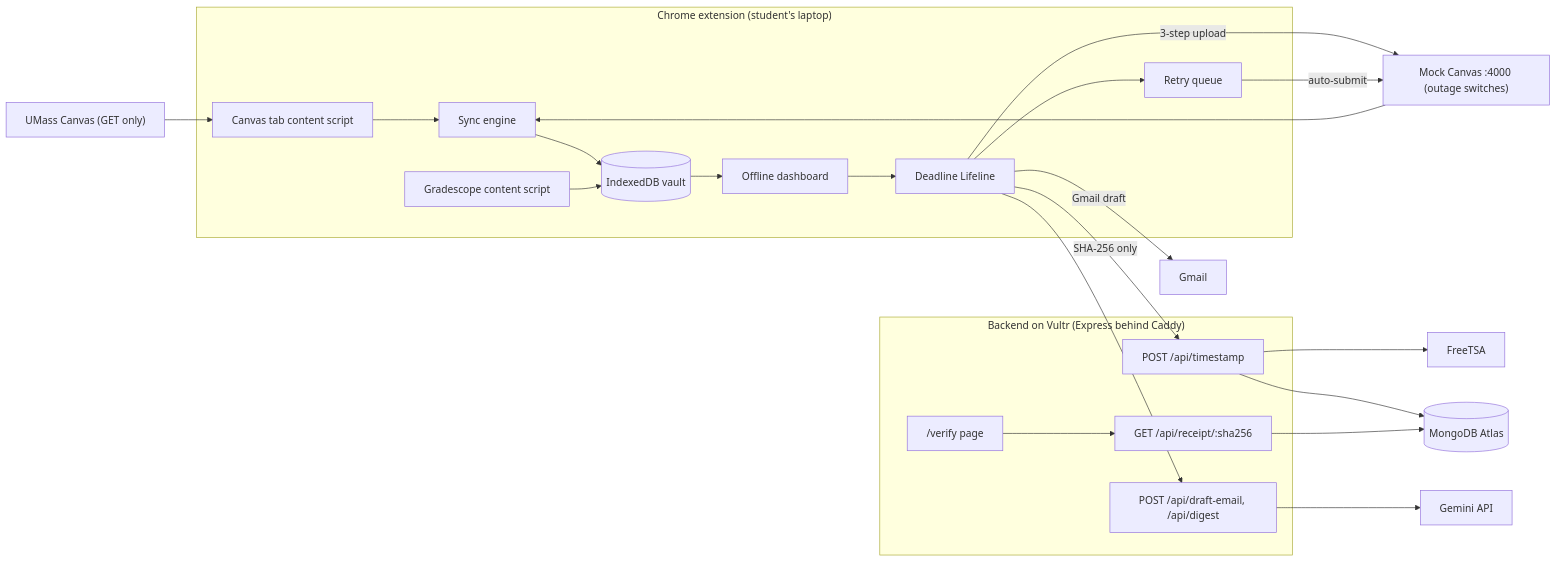
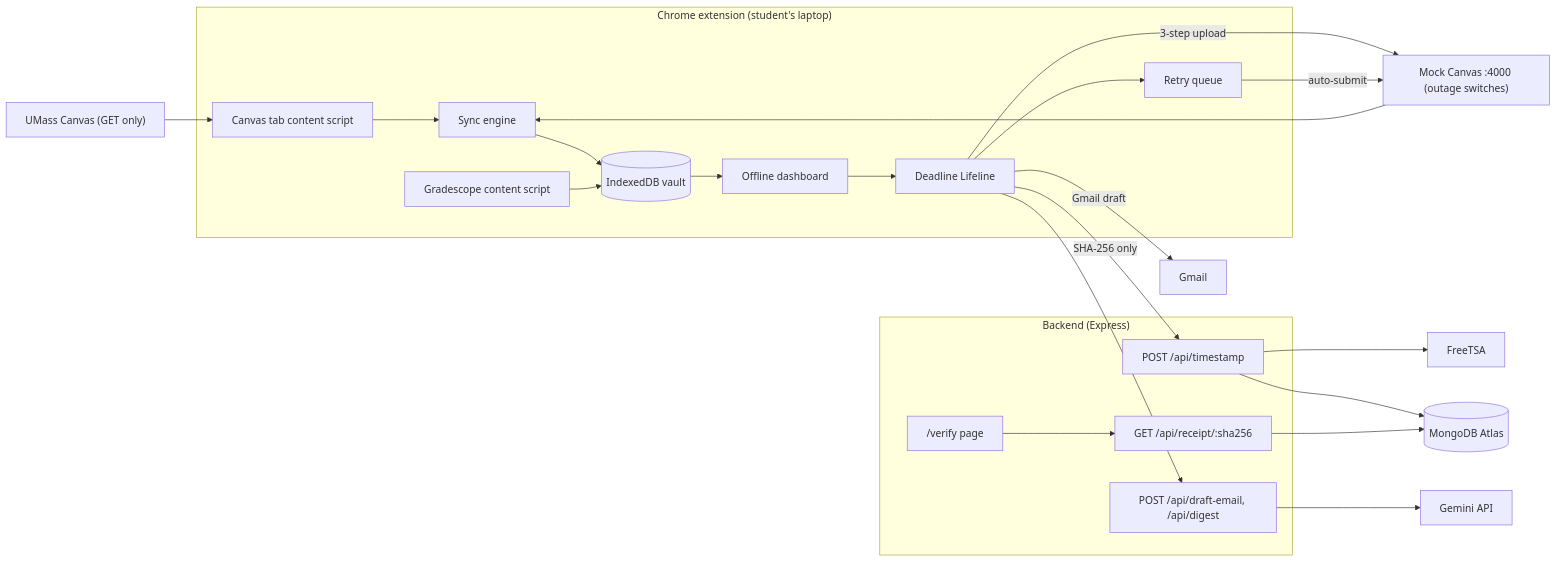
One commit to Vishnu4712/CampusFallback changed the diagram in README.md. Above: the diagram before and after it, drawn with Mermaid. The commit also changed other lines of this file and 1 other file, not shown here.

````diff
--- a/README.md
+++ b/README.md
@@ -78,29 +75,29 @@
 ```mermaid
 flowchart LR
   subgraph EXT["Chrome extension (student's laptop)"]
     SYNC["Sync engine"] --> VAULT[("IndexedDB vault")]
     VAULT --> DASH["Offline dashboard"]
     DASH --> LIFE["Deadline Lifeline"]
     LIFE --> QUEUE["Retry queue"]
     CTAB["Canvas tab content script"] --> SYNC
     GTAB["Gradescope content script"] --> VAULT
   end
   CANVAS["UMass Canvas (GET only)"] --> CTAB
   MOCK["Mock Canvas :4000 (outage switches)"] --> SYNC
   LIFE -- "3-step upload" --> MOCK
   QUEUE -- "auto-submit" --> MOCK
   LIFE -- "Gmail draft" --> GMAIL["Gmail"]
-  subgraph API["Backend on Vultr (Express behind Caddy)"]
+  subgraph API["Backend (Express)"]
     TS["POST /api/timestamp"]
     RC["GET /api/receipt/:sha256"]
     GEM["POST /api/draft-email, /api/digest"]
     VER["/verify page"]
   end
   LIFE -- "SHA-256 only" --> TS
   LIFE --> GEM
   TS --> FREETSA["FreeTSA"]
   TS --> MONGO[("MongoDB Atlas")]
   RC --> MONGO
   VER --> RC
   GEM --> GEMINI["Gemini API"]
 ```
````
